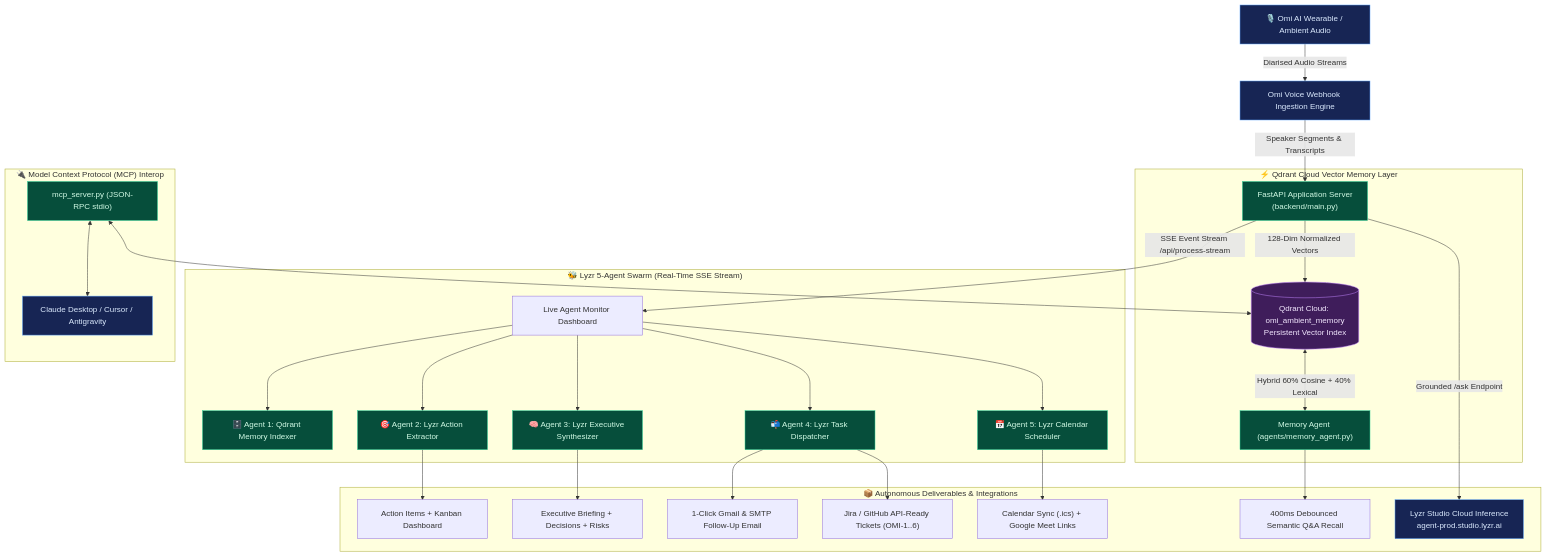
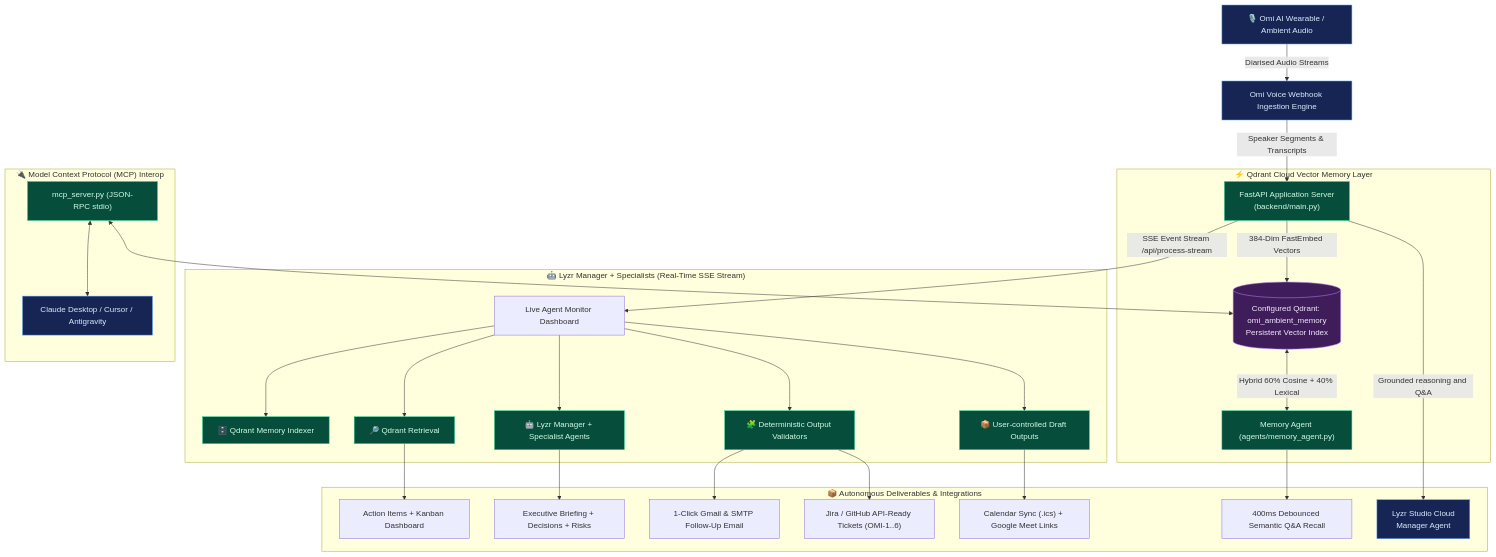
Before and after one commit to masood-mashu/omimind-agent: the diagram in docs/ARCHITECTURE.md, drawn with Mermaid. The commit also changed other lines of this file and 21 other files, not shown here.

Commit message:
feat(hackathon): align architecture with official track 1 connected loop requirements

````diff
--- a/docs/ARCHITECTURE.md
+++ b/docs/ARCHITECTURE.md
@@ -5,41 +5,41 @@
 ```mermaid
 flowchart TD
     User["🎙️ Omi AI Wearable / Ambient Audio"] -->|Diarised Audio Streams| Omi["Omi Voice Webhook Ingestion Engine"]
     Omi -->|Speaker Segments & Transcripts| API["FastAPI Application Server<br/>(backend/main.py)"]
 
     subgraph QDRANT ["⚡ Qdrant Cloud Vector Memory Layer"]
-        API -->|128-Dim Normalized Vectors| Qdrant[("Qdrant Cloud: omi_ambient_memory<br/>Persistent Vector Index")]
+        API -->|384-Dim FastEmbed Vectors| Qdrant[("Configured Qdrant: omi_ambient_memory<br/>Persistent Vector Index")]
         Qdrant <-->|Hybrid 60% Cosine + 40% Lexical| MemAgent["Memory Agent (agents/memory_agent.py)"]
     end
 
-    subgraph LYZR ["🐝 Lyzr 5-Agent Swarm (Real-Time SSE Stream)"]
+    subgraph LYZR ["🤖 Lyzr Manager + Specialists (Real-Time SSE Stream)"]
         API -->|SSE Event Stream /api/process-stream| Stream["Live Agent Monitor Dashboard"]
-        Stream --> A1["🗄️ Agent 1: Qdrant Memory Indexer"]
-        Stream --> A2["🎯 Agent 2: Lyzr Action Extractor"]
-        Stream --> A3["🧠 Agent 3: Lyzr Executive Synthesizer"]
-        Stream --> A4["📬 Agent 4: Lyzr Task Dispatcher"]
-        Stream --> A5["📅 Agent 5: Lyzr Calendar Scheduler"]
+        Stream --> A1["🗄️ Qdrant Memory Indexer"]
+        Stream --> A2["🔎 Qdrant Retrieval"]
+        Stream --> A3["🤖 Lyzr Manager + Specialist Agents"]
+        Stream --> A4["🧩 Deterministic Output Validators"]
+        Stream --> A5["📦 User-controlled Draft Outputs"]
     end
 
     subgraph OUTPUTS ["📦 Autonomous Deliverables & Integrations"]
         A2 --> Actions["Action Items + Kanban Dashboard"]
         A3 --> Dossier["Executive Briefing + Decisions + Risks"]
         A4 --> Email["1-Click Gmail & SMTP Follow-Up Email"]
         A4 --> Jira["Jira / GitHub API-Ready Tickets (OMI-1..6)"]
         A5 --> Calendar["Calendar Sync (.ics) + Google Meet Links"]
         MemAgent --> QnA["400ms Debounced Semantic Q&A Recall"]
-        API -->|Grounded /ask Endpoint| Studio["Lyzr Studio Cloud Inference<br/>agent-prod.studio.lyzr.ai"]
+    API -->|Grounded reasoning and Q&A| Studio["Lyzr Studio Cloud<br/>Manager Agent"]
     end
 
     subgraph MCP ["🔌 Model Context Protocol (MCP) Interop"]
         MCP_Server["mcp_server.py (JSON-RPC stdio)"] <--> Qdrant
         MCP_Server <--> ExternalAgents["Claude Desktop / Cursor / Antigravity"]
     end
 
     classDef external fill:#172554,stroke:#60a5fa,color:#dbeafe;
     classDef service fill:#064e3b,stroke:#34d399,color:#d1fae5;
     classDef store fill:#3f1d5b,stroke:#c084fc,color:#f3e8ff;
     class User,Omi,Studio,ExternalAgents external;
     class API,MemAgent,A1,A2,A3,A4,A5,MCP_Server service;
     class Qdrant store;
 ```
````
